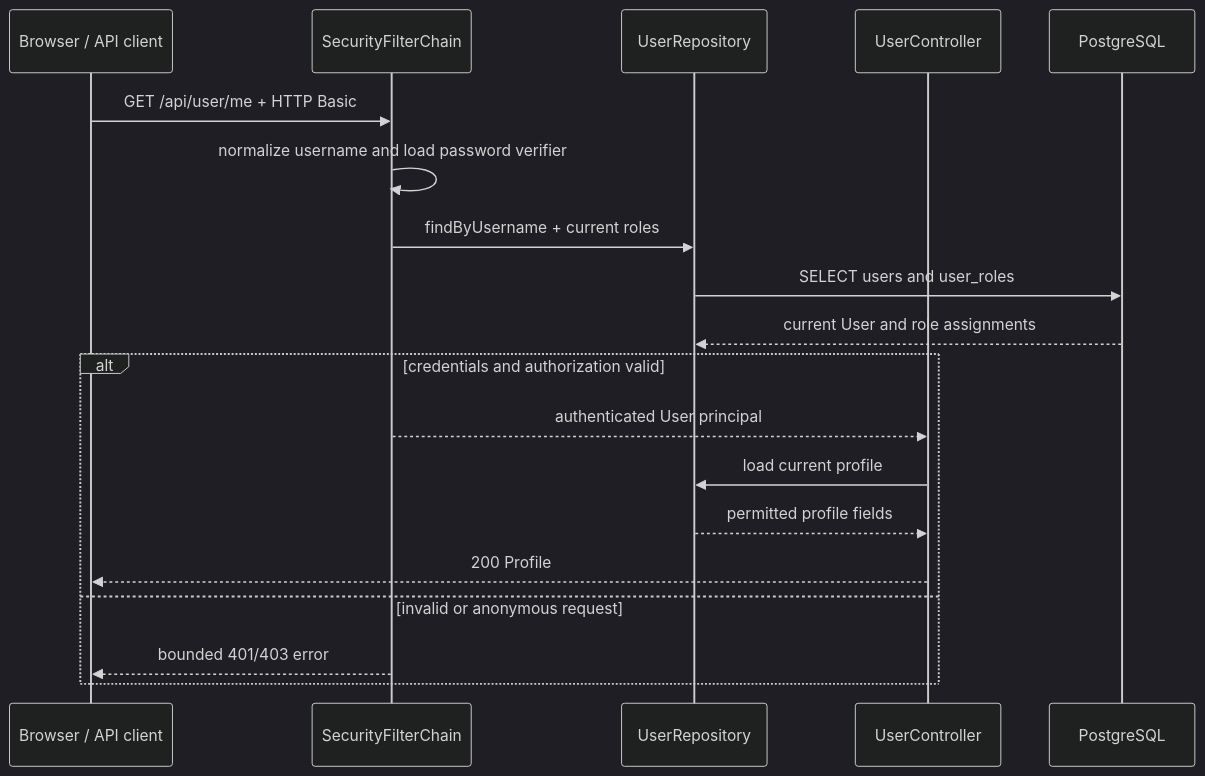
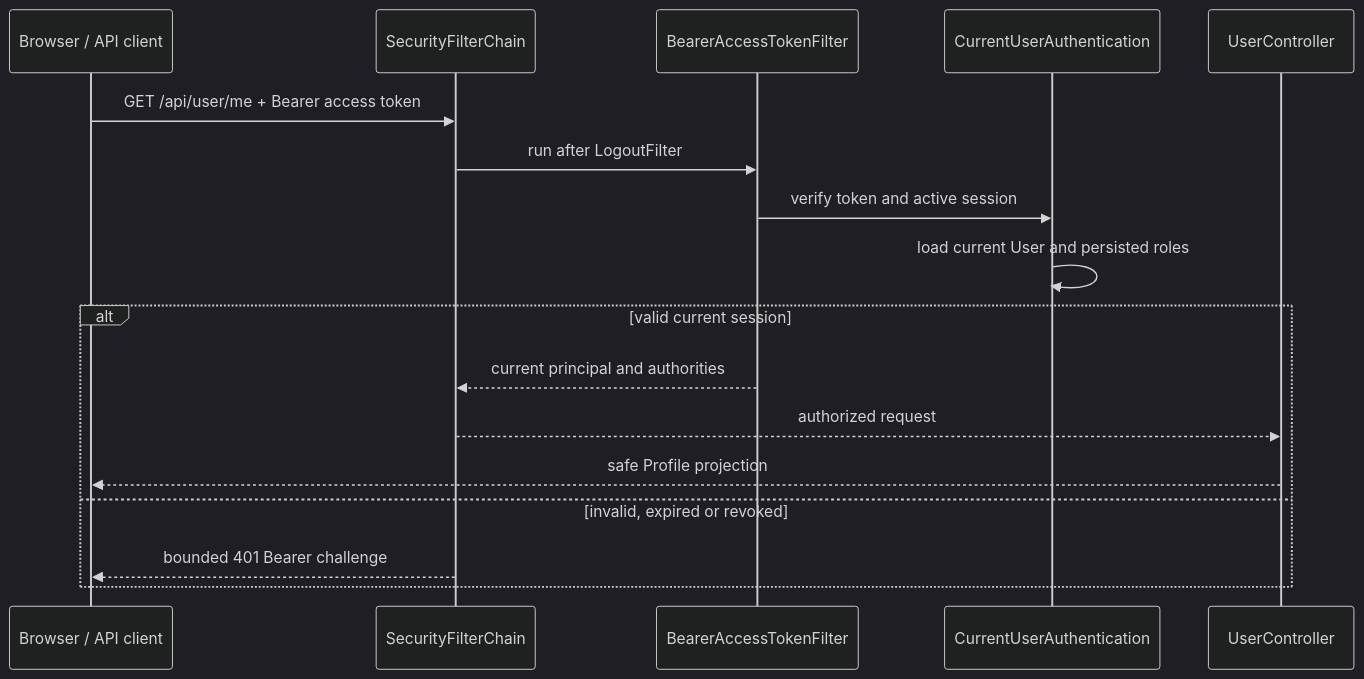
One commit to n-saakib/medi-wish-bd changed the second of 2 diagrams in backend/docs/code-architecture.md. Above: the diagram before and after it, drawn with Mermaid (dark theme). The commit also changed other lines of this file and 109 other files, not shown here.

Commit message:
Implement JWT session authentication

````diff
--- a/backend/docs/code-architecture.md
+++ b/backend/docs/code-architecture.md
@@ -109,22 +112,20 @@
 ```mermaid
 sequenceDiagram
     participant B as Browser / API client
     participant S as SecurityFilterChain
-    participant R as UserRepository
-    participant C as UserController
-    participant P as PostgreSQL
+    participant F as BearerAccessTokenFilter
+    participant C as CurrentUserAuthentication
+    participant U as UserController
 
-    B->>S: GET /api/user/me + HTTP Basic
-    S->>S: normalize username and load password verifier
-    S->>R: findByUsername + current roles
-    R->>P: SELECT users and user_roles
-    P-->>R: current User and role assignments
-    alt credentials and authorization valid
-        S-->>C: authenticated User principal
-        C->>R: load current profile
-        R-->>C: permitted profile fields
-        C-->>B: 200 Profile
-    else invalid or anonymous request
-        S-->>B: bounded 401/403 error
+    B->>S: GET /api/user/me + Bearer access token
+    S->>F: run after LogoutFilter
+    F->>C: verify token and active session
+    C->>C: load current User and persisted roles
+    alt valid current session
+        F-->>S: current principal and authorities
+        S-->>U: authorized request
+        U-->>B: safe Profile projection
+    else invalid, expired or revoked
+        S-->>B: bounded 401 Bearer challenge
     end
 ```
````
